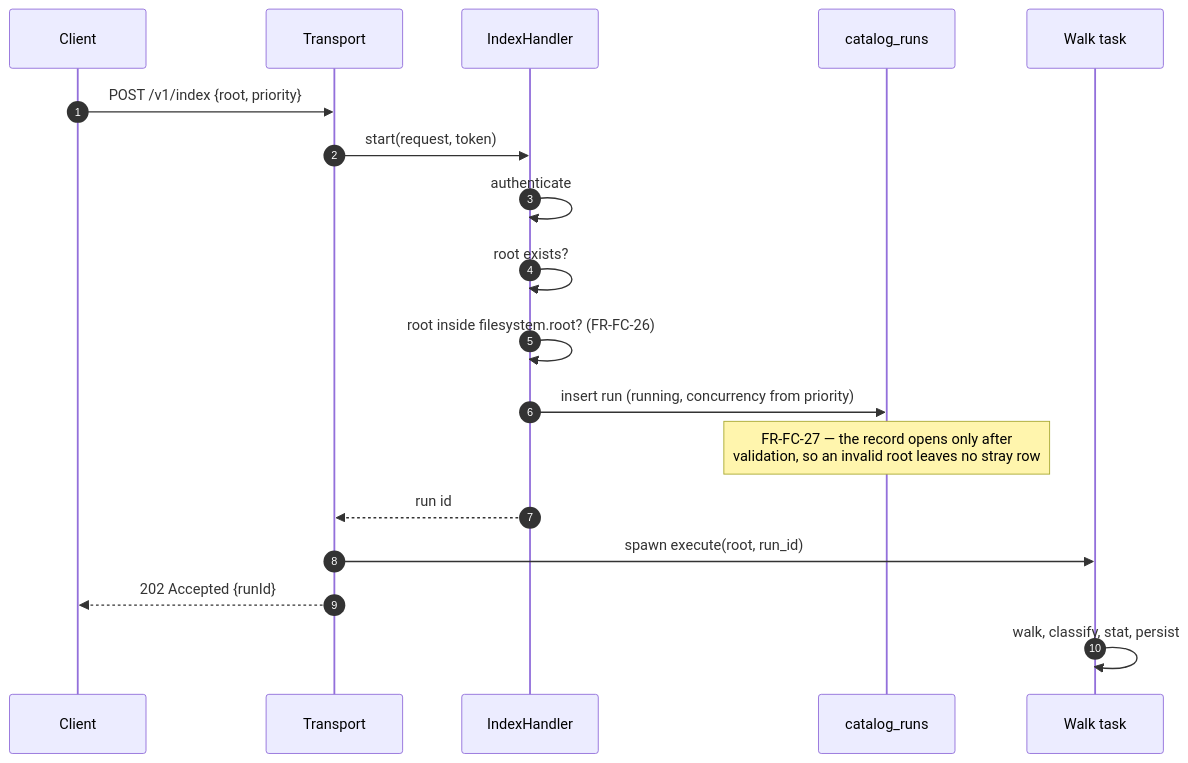
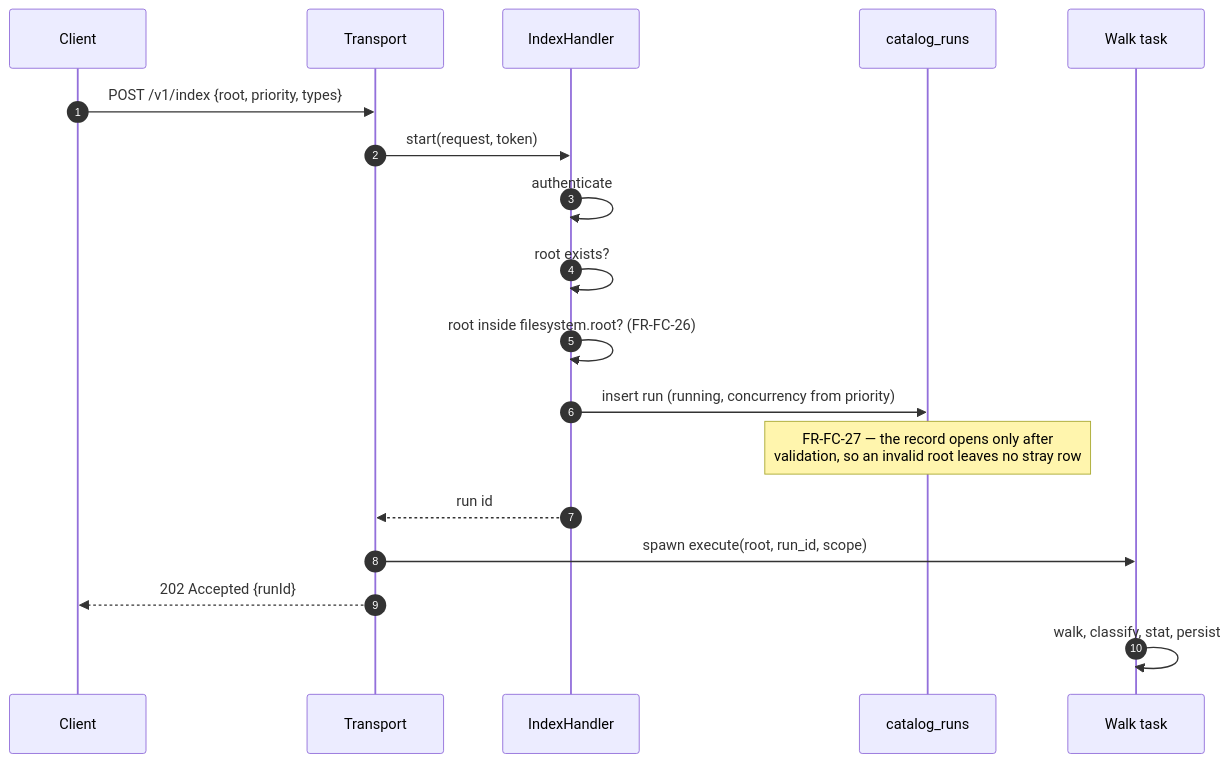
One commit to artur-rios/alexandria-api changed the fourth of 12 diagrams in docs/System Behavior Document.md. Above: the diagram before and after it, drawn with Mermaid. The commit also changed other lines of this file and 14 other files, not shown here.

````diff
--- a/docs/System Behavior Document.md
+++ b/docs/System Behavior Document.md
@@ -297,21 +297,21 @@
 ```mermaid
 sequenceDiagram
     autonumber
     participant CL as Client
     participant T as Transport
     participant H as IndexHandler
     participant R as catalog_runs
     participant W as Walk task
 
-    CL->>T: POST /v1/index {root, priority}
+    CL->>T: POST /v1/index {root, priority, types}
     T->>H: start(request, token)
     H->>H: authenticate
     H->>H: root exists?
     H->>H: root inside filesystem.root? (FR-FC-26)
     H->>R: insert run (running, concurrency from priority)
     Note over R: FR-FC-27 — the record opens only after<br/>validation, so an invalid root leaves no stray row
     H-->>T: run id
-    T->>W: spawn execute(root, run_id)
+    T->>W: spawn execute(root, run_id, scope)
     T-->>CL: 202 Accepted {runId}
     W->>W: walk, classify, stat, persist
 ```
````
